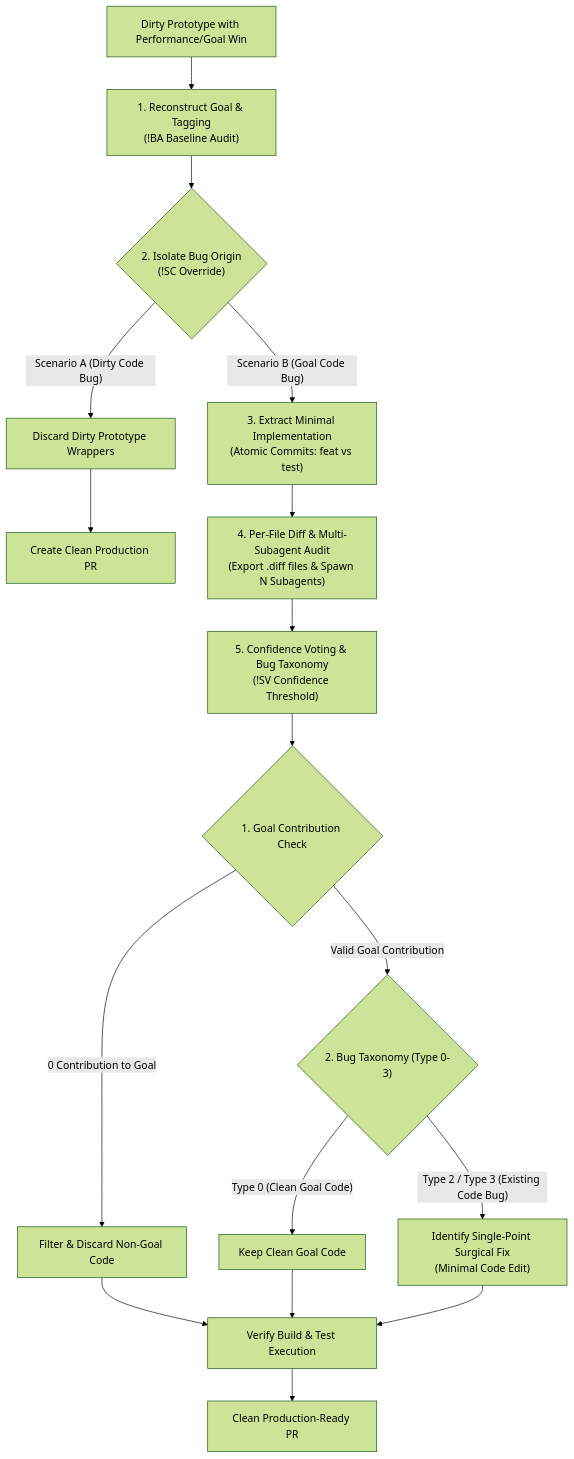
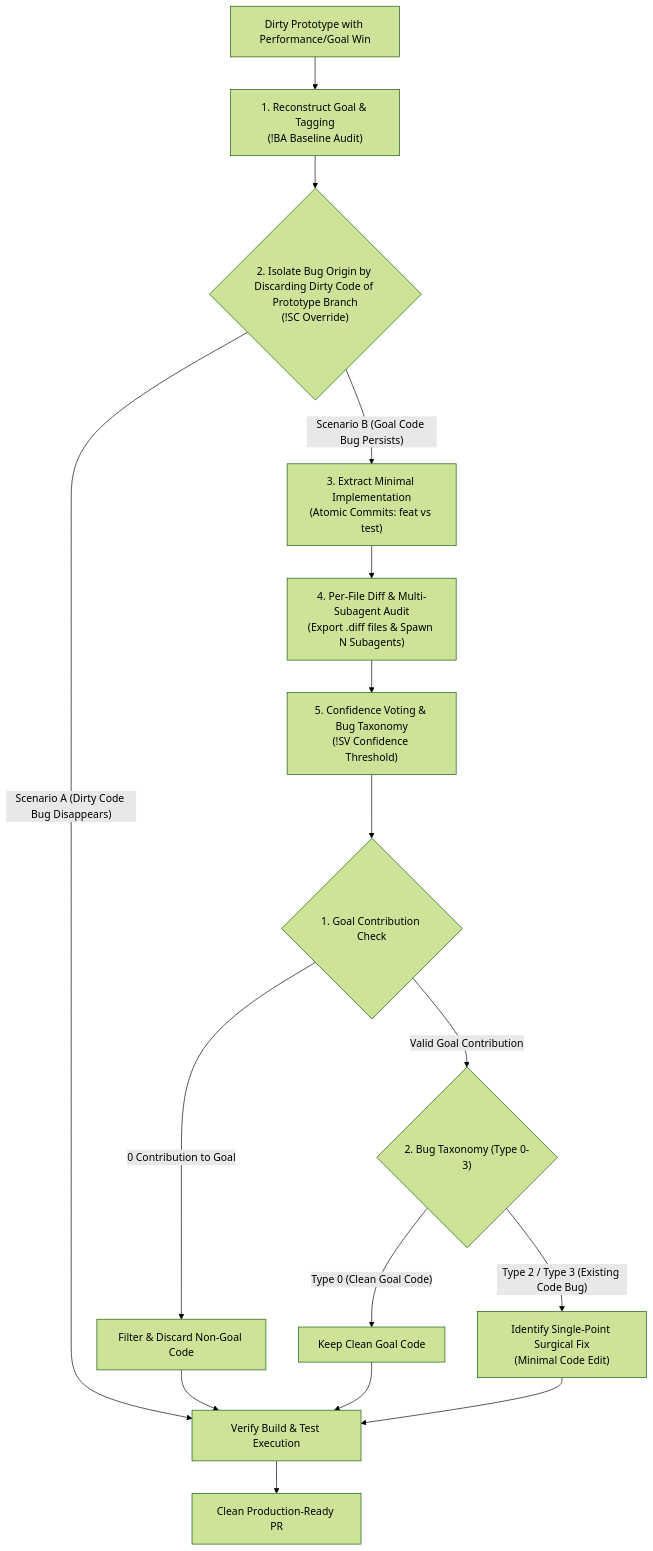
The diagram in engineering/afterplay/SKILL.md (loerei/myskills), drawn with Mermaid (forest theme) before and after one commit.

Commit message:
feat(afterplay): streamline Mermaid diagram with single terminal node and updated Phase 2 label

````diff
--- a/engineering/afterplay/SKILL.md
+++ b/engineering/afterplay/SKILL.md
@@ -16,27 +16,27 @@
 ```mermaid
 flowchart TD
     Start["Dirty Prototype with Performance/Goal Win"] --> Phase1["1. Reconstruct Goal & Tagging<br/>(!BA Baseline Audit)"]
     
-    Phase1 --> Phase2{"2. Isolate Bug Origin<br/>(!SC<A|B> Override)"}
+    Phase1 --> Phase2{"2. Isolate Bug Origin by Discarding Dirty Code of Prototype Branch<br/>(!SC<A|B> Override)"}
     
-    Phase2 -->|"Scenario A (Dirty Code Bug)"| DiscardDirty["Discard Dirty Prototype Wrappers"] --> PR_Direct["Create Clean Production PR"]
+    Phase2 -->|"Scenario A (Dirty Code Bug Disappears)"| Verify["Verify Build & Test Execution"]
     
-    Phase2 -->|"Scenario B (Goal Code Bug)"| Phase3["3. Extract Minimal Implementation<br/>(Atomic Commits: feat vs test)"]
+    Phase2 -->|"Scenario B (Goal Code Bug Persists)"| Phase3["3. Extract Minimal Implementation<br/>(Atomic Commits: feat vs test)"]
     
     Phase3 --> Phase4["4. Per-File Diff & Multi-Subagent Audit<br/>(Export .diff files & Spawn N Subagents)"]
     
     Phase4 --> Phase5["5. Confidence Voting & Bug Taxonomy<br/>(!SV<N> Confidence Threshold)"]
     
     Phase5 --> CheckGoal{"1. Goal Contribution Check"}
     CheckGoal -->|"0 Contribution to Goal"| StripCode["Filter & Discard Non-Goal Code"]
     CheckGoal -->|"Valid Goal Contribution"| CheckBug{"2. Bug Taxonomy (Type 0-3)"}
     
     CheckBug -->|"Type 0 (Clean Goal Code)"| KeepCode["Keep Clean Goal Code"]
     CheckBug -->|"Type 2 / Type 3 (Existing Code Bug)"| SurgicalFix["Identify Single-Point Surgical Fix<br/>(Minimal Code Edit)"]
     
-    StripCode --> Verify["Verify Build & Test Execution"]
+    StripCode --> Verify
     KeepCode --> Verify
     SurgicalFix --> Verify
     
     Verify --> Done["Clean Production-Ready PR"]
 ```
````
